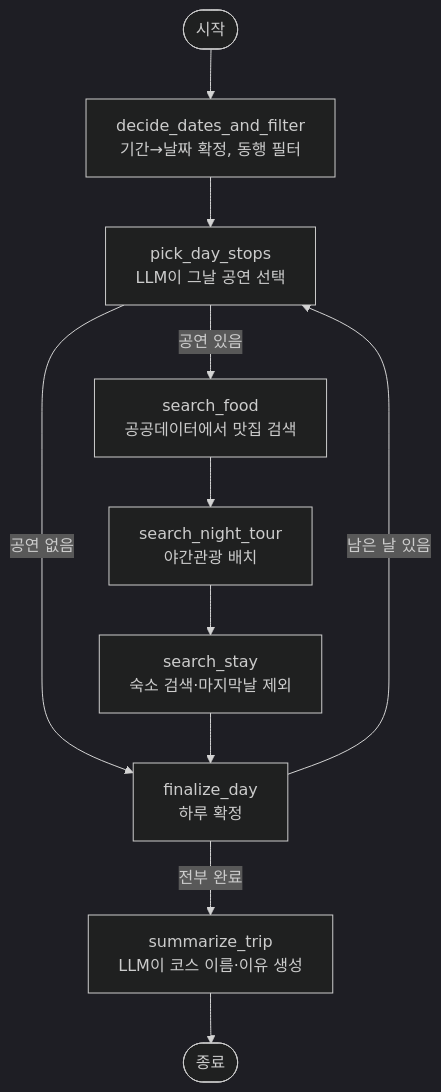
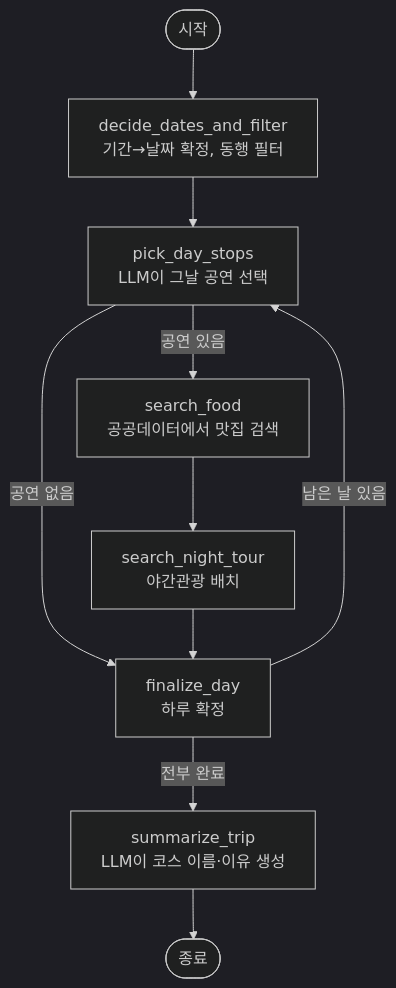
One commit to northfacee/jeonju-sori-festival changed the diagram in README.md. Above: the diagram before and after it, drawn with Mermaid (dark theme). The commit also changed other lines of this file and 8 other files, not shown here.

````diff
--- a/README.md
+++ b/README.md
@@ -43,13 +41,12 @@
 ```mermaid
 graph TD
     S([시작]) --> A[decide_dates_and_filter<br/>기간→날짜 확정, 동행 필터]
     A --> B[pick_day_stops<br/>LLM이 그날 공연 선택]
     B -->|공연 있음| C[search_food<br/>공공데이터에서 맛집 검색]
     B -->|공연 없음| F
     C --> D[search_night_tour<br/>야간관광 배치]
-    D --> E[search_stay<br/>숙소 검색·마지막날 제외]
-    E --> F[finalize_day<br/>하루 확정]
+    D --> F[finalize_day<br/>하루 확정]
     F -->|남은 날 있음| B
     F -->|전부 완료| G[summarize_trip<br/>LLM이 코스 이름·이유 생성]
     G --> Z([종료])
 ```
````
